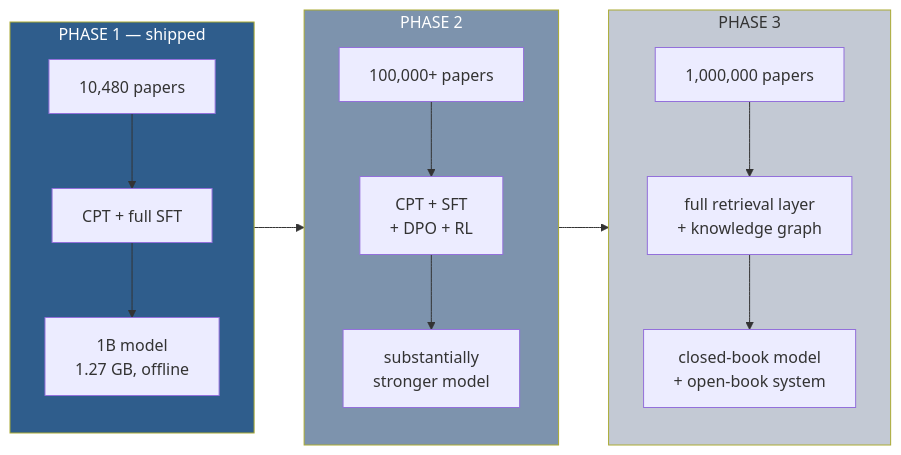
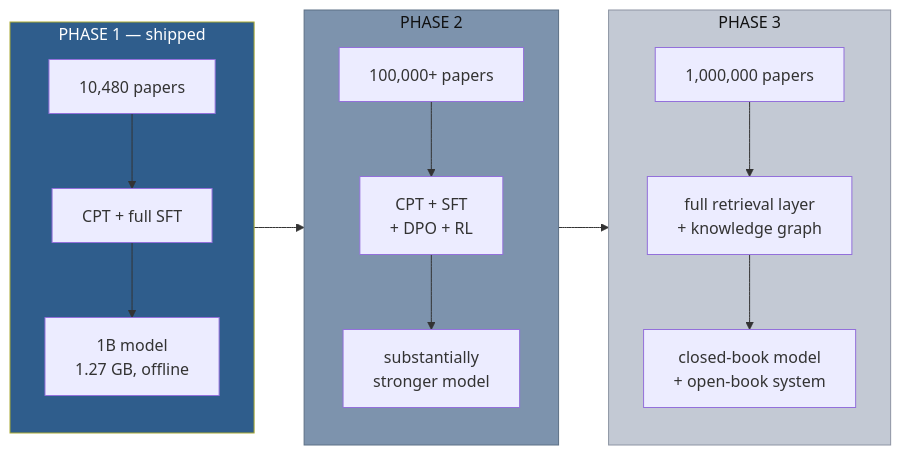
Before and after one commit to Otto-Destiny/mufasa: diagram 19 of 19 in README.md, drawn with Mermaid. The commit also changed other lines of this file, not shown here.

Commit message:
docs: make the pale mermaid nodes readable on dark backgrounds
Three nodes had a light fill with no explicit text colour, so they inherited
the viewer's theme and rendered white-on-pale on GitHub dark mode - the first
box of the system overview was effectively unreadable. Light and mid fills now
carry dark text and a border; dark fills keep white text.

````diff
--- a/README.md
+++ b/README.md
@@ -684,16 +684,16 @@
 ```mermaid
 flowchart LR
     subgraph P1["PHASE 1 — shipped"]
         A1["10,480 papers"] --> A2["CPT + full SFT"] --> A3["1B model<br/>1.27 GB, offline"]
     end
     subgraph P2["PHASE 2"]
         B1["100,000+ papers"] --> B2["CPT + SFT<br/>+ DPO + RL"] --> B3["substantially<br/>stronger model"]
     end
     subgraph P3["PHASE 3"]
         C1["1,000,000 papers"] --> C2["full retrieval layer<br/>+ knowledge graph"] --> C3["closed-book model<br/>+ open-book system"]
     end
     P1 --> P2 --> P3
     style P1 fill:#2f5d8c,color:#fff
-    style P2 fill:#7d93ad,color:#fff
-    style P3 fill:#c3c9d4
+    style P2 fill:#7d93ad,color:#111,stroke:#5d7086
+    style P3 fill:#c3c9d4,color:#111,stroke:#8d94a3
 ```
````
